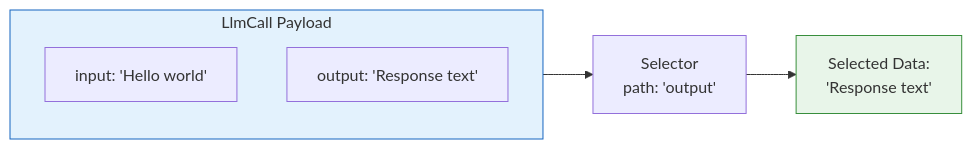
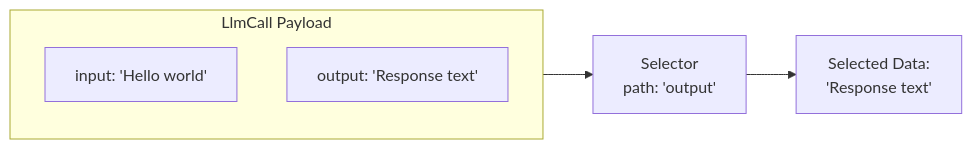
One commit to agentcontrol/agent-control changed the third of 7 diagrams in diagrams/06-evaluation-flow.md. Above: the diagram before and after it, drawn with Mermaid. The commit also changed other lines of this file and 9 other files, not shown here.

````diff
--- a/diagrams/06-evaluation-flow.md
+++ b/diagrams/06-evaluation-flow.md
@@ -63,17 +56,14 @@
 ```mermaid
 flowchart LR
     subgraph payload["LlmCall Payload"]
         input["input: 'Hello world'"]
         output["output: 'Response text'"]
     end
 
     selector["Selector<br/>path: 'output'"]
     
     data["Selected Data:<br/>'Response text'"]
 
     payload --> selector
     selector --> data
-
-    style payload fill:#e3f2fd,stroke:#1565c0
-    style data fill:#e8f5e9,stroke:#388e3c
 ```
````
